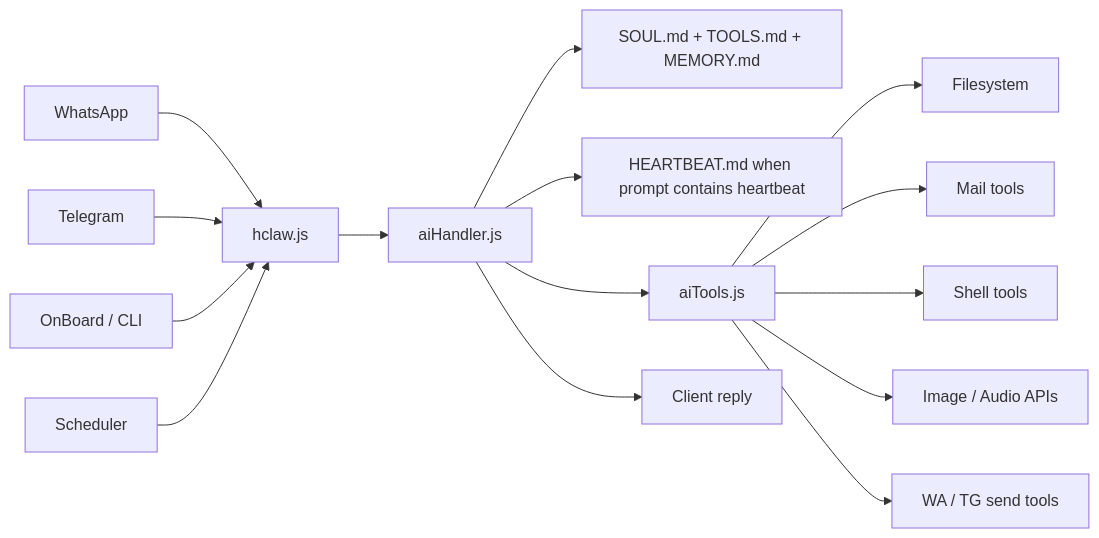
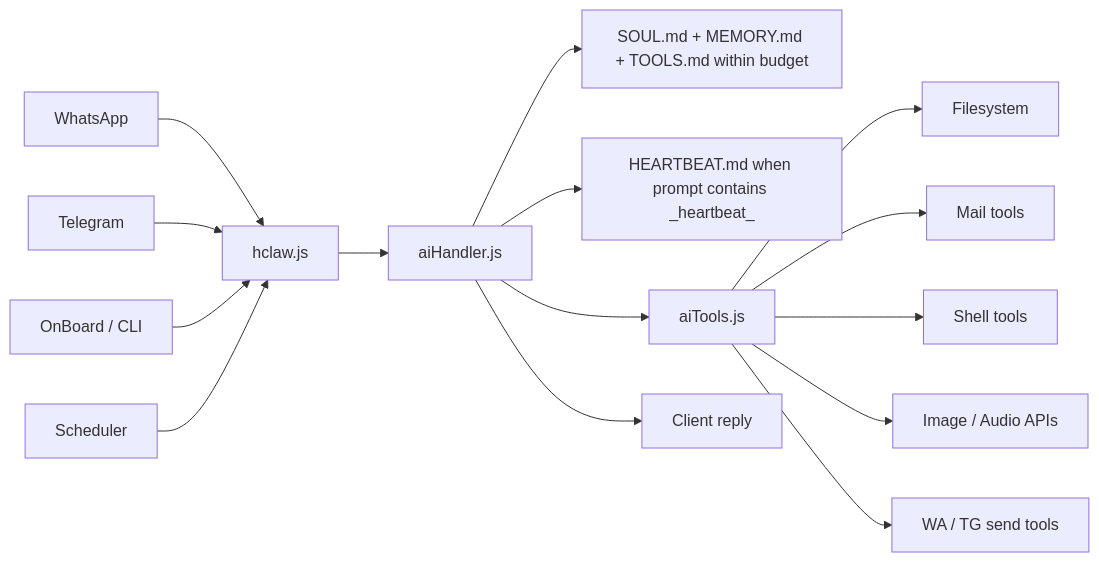
Before and after one commit to hseeda/10L-H-Claw: the second of 5 diagrams in README.md, drawn with Mermaid. The commit also changed other lines of this file and 36 other files, not shown here.

````diff
--- a/README.md
+++ b/README.md
@@ -85,20 +85,20 @@
 ```mermaid
 flowchart LR
     WA[WhatsApp] --> CORE[hclaw.js]
     TG[Telegram] --> CORE
     OB[OnBoard / CLI] --> CORE
     SCHED[Scheduler] --> CORE
 
     CORE --> AI[aiHandler.js]
-    AI --> CTX[SOUL.md + TOOLS.md + MEMORY.md]
-    AI --> HB[HEARTBEAT.md when prompt contains heartbeat]
+    AI --> CTX[SOUL.md + MEMORY.md + TOOLS.md within budget]
+    AI --> HB[HEARTBEAT.md when prompt contains _heartbeat_]
     AI --> TOOLS[aiTools.js]
 
     TOOLS --> FS[Filesystem]
     TOOLS --> MAIL[Mail tools]
     TOOLS --> SHELL[Shell tools]
     TOOLS --> MEDIA[Image / Audio APIs]
     TOOLS --> SEND[WA / TG send tools]
 
     AI --> REPLY[Client reply]
 ```
````
